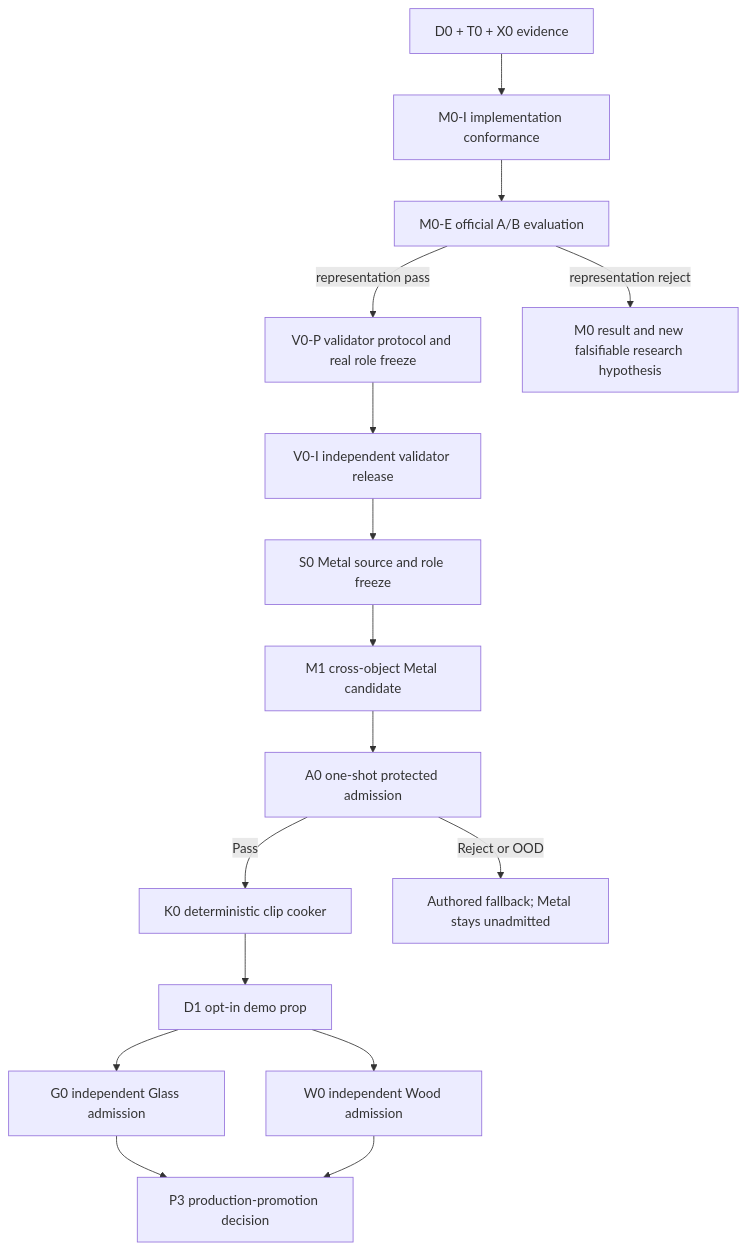
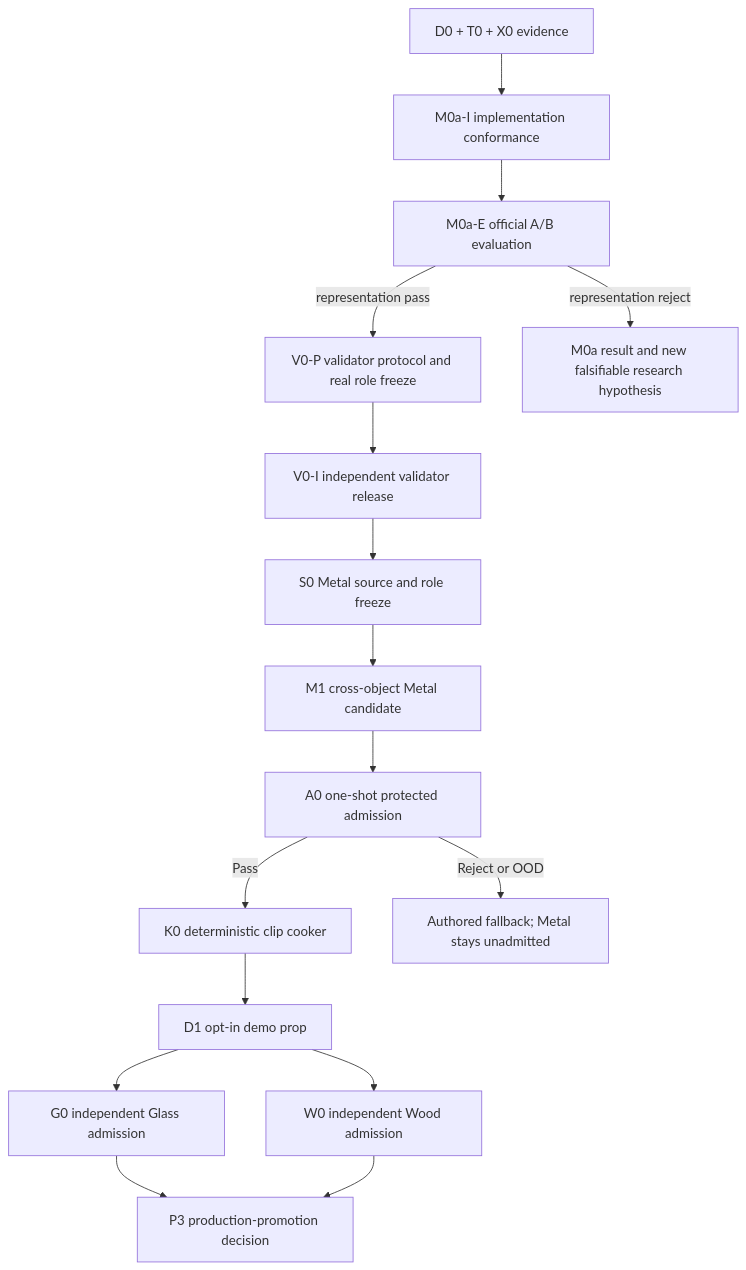
The diagram in docs/plans/physical-sound-synthesis-roadmap-v25.md (kaifaty/NextEngine), drawn with Mermaid before and after one commit. The commit also changed other lines of this file and 5 other files, not shown here.

````diff
--- a/docs/plans/physical-sound-synthesis-roadmap-v25.md
+++ b/docs/plans/physical-sound-synthesis-roadmap-v25.md
@@ -55,18 +55,18 @@
 ```mermaid
 flowchart TD
-    E["D0 + T0 + X0 evidence"] --> MI["M0-I implementation conformance"]
-    MI --> ME["M0-E official A/B evaluation"]
+    E["D0 + T0 + X0 evidence"] --> MI["M0a-I implementation conformance"]
+    MI --> ME["M0a-E official A/B evaluation"]
     ME -->|"representation pass"| VP["V0-P validator protocol and real role freeze"]
-    ME -->|"representation reject"| MR["M0 result and new falsifiable research hypothesis"]
+    ME -->|"representation reject"| MR["M0a result and new falsifiable research hypothesis"]
     VP --> VI["V0-I independent validator release"]
     VI --> MS["S0 Metal source and role freeze"]
     MS --> M1["M1 cross-object Metal candidate"]
     M1 --> A0["A0 one-shot protected admission"]
     A0 -->|Pass| K0["K0 deterministic clip cooker"]
     A0 -->|"Reject or OOD"| F["Authored fallback; Metal stays unadmitted"]
     K0 --> D1["D1 opt-in demo prop"]
     D1 --> G0["G0 independent Glass admission"]
     D1 --> W0["W0 independent Wood admission"]
     G0 --> P3["P3 production-promotion decision"]
     W0 --> P3
 ```
````
